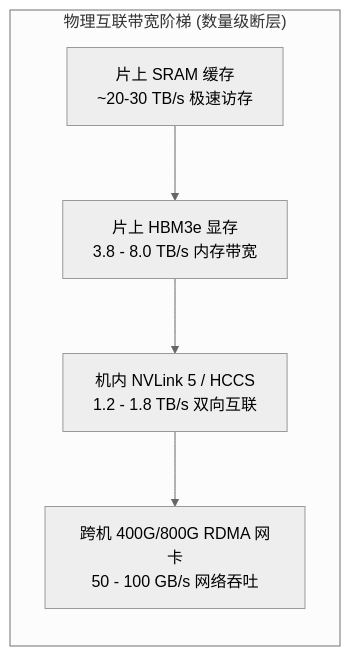
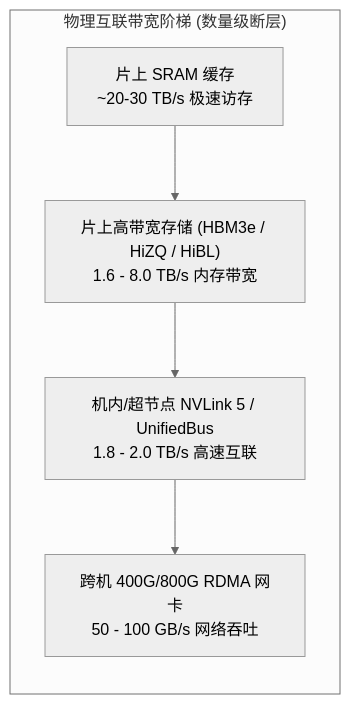
Before and after one commit to ifnodoraemon/ifnodoraemon.github.io: the second of 10 diagrams in content/zh/articles/deepinfer-deepseek-recipe-architecture.md, drawn with Mermaid (neutral theme). The commit also changed other lines of this file and 171 other files, not shown here.

````diff
--- a/content/zh/articles/deepinfer-deepseek-recipe-architecture.md
+++ b/content/zh/articles/deepinfer-deepseek-recipe-architecture.md
@@ -99,8 +107,8 @@
 ```mermaid
 graph LR
     subgraph Chip_Interconnect["物理互联带宽阶梯 (数量级断层)"]
-        L_SRAM["片上 SRAM 缓存<br/>~20-30 TB/s 极速访存"] --> L_HBM["片上 HBM3e 显存<br/>3.8 - 8.0 TB/s 内存带宽"]
-        L_HBM --> L_NVLINK["机内 NVLink 5 / HCCS<br/>1.2 - 1.8 TB/s 双向互联"]
+        L_SRAM["片上 SRAM 缓存<br/>~20-30 TB/s 极速访存"] --> L_HBM["片上高带宽存储 (HBM3e / HiZQ / HiBL)<br/>1.6 - 8.0 TB/s 内存带宽"]
+        L_HBM --> L_NVLINK["机内/超节点 NVLink 5 / UnifiedBus<br/>1.8 - 2.0 TB/s 高速互联"]
         L_NVLINK --> L_NIC["跨机 400G/800G RDMA 网卡<br/>50 - 100 GB/s 网络吞吐"]
     end
 ```
````
